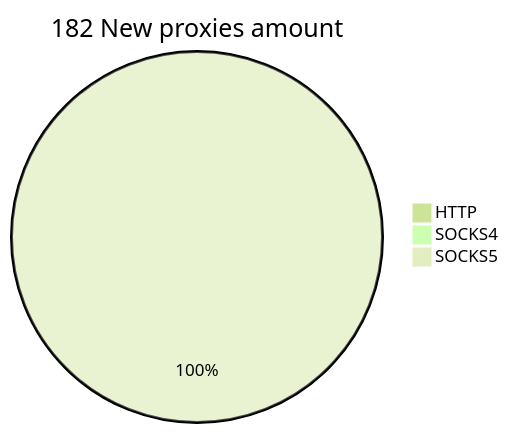
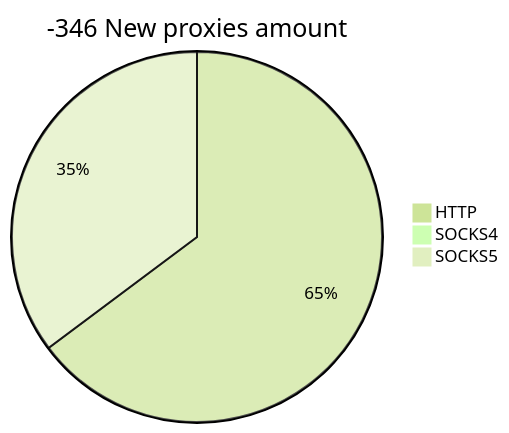
One commit to cutipu/proxylist changed the second of 2 diagrams in README.md. Above: the diagram before and after it, drawn with Mermaid (forest theme). The commit also changed other lines of this file, not shown here.

````diff
--- a/README.md
+++ b/README.md
@@ -10,6 +10,6 @@
 ```mermaid
-pie title 182 New proxies amount
-    "HTTP" : 0
+pie title -346 New proxies amount
+    "HTTP" : 103
     "SOCKS4" : 0
-    "SOCKS5" : 182
+    "SOCKS5" : 56
 ```
````
